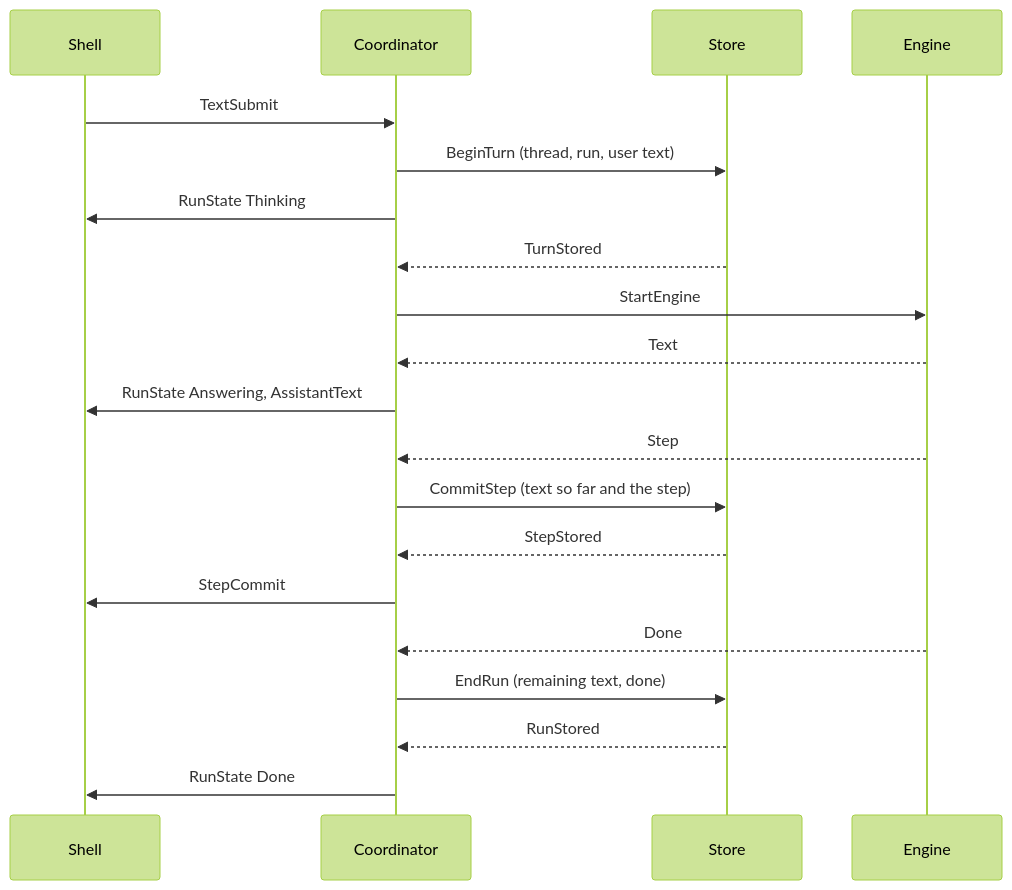
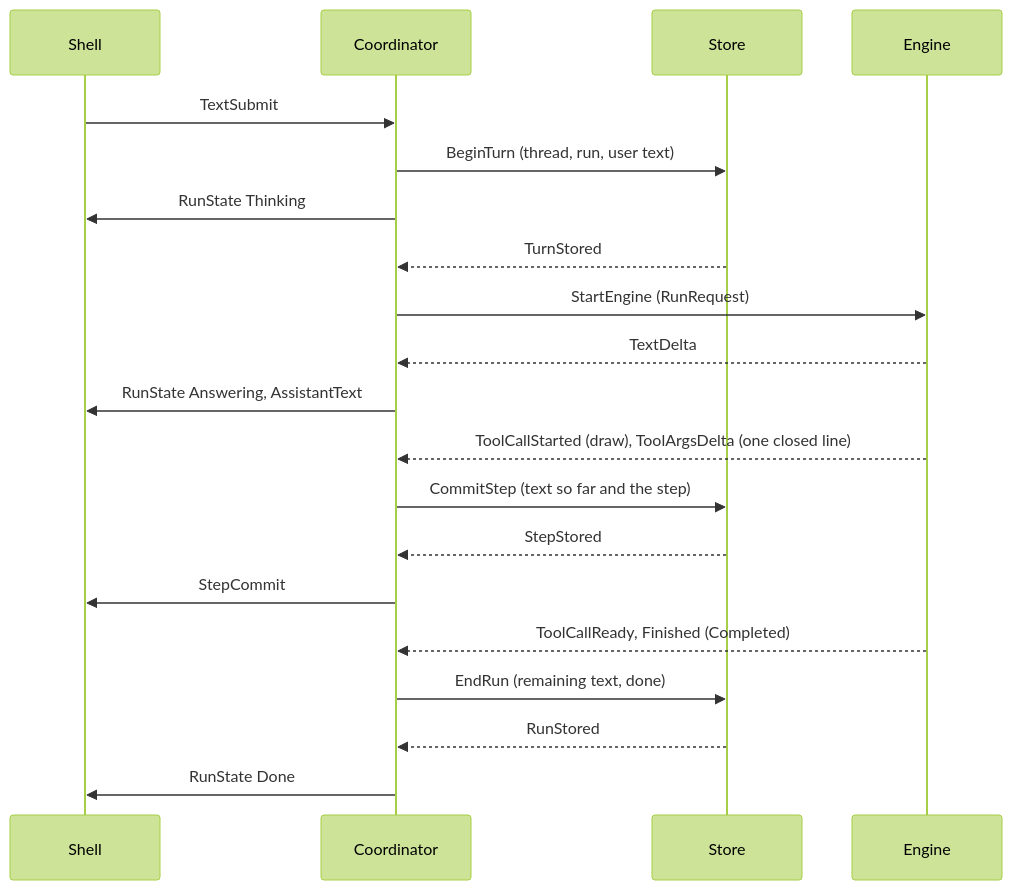
Before and after one commit to labcoder/capsula: the first of 2 diagrams in docs/development/runs.md, drawn with Mermaid (forest theme). The commit also changed other lines of this file and 15 other files, not shown here.

````diff
--- a/docs/development/runs.md
+++ b/docs/development/runs.md
@@ -21,22 +22,22 @@
 ```mermaid
 sequenceDiagram
   participant S as Shell
   participant C as Coordinator
   participant DB as Store
   participant E as Engine
   S->>C: TextSubmit
   C->>DB: BeginTurn (thread, run, user text)
   C->>S: RunState Thinking
   DB-->>C: TurnStored
-  C->>E: StartEngine
-  E-->>C: Text
+  C->>E: StartEngine (RunRequest)
+  E-->>C: TextDelta
   C->>S: RunState Answering, AssistantText
-  E-->>C: Step
+  E-->>C: ToolCallStarted (draw), ToolArgsDelta (one closed line)
   C->>DB: CommitStep (text so far and the step)
   DB-->>C: StepStored
   C->>S: StepCommit
-  E-->>C: Done
+  E-->>C: ToolCallReady, Finished (Completed)
   C->>DB: EndRun (remaining text, done)
   DB-->>C: RunStored
   C->>S: RunState Done
 ```
````
